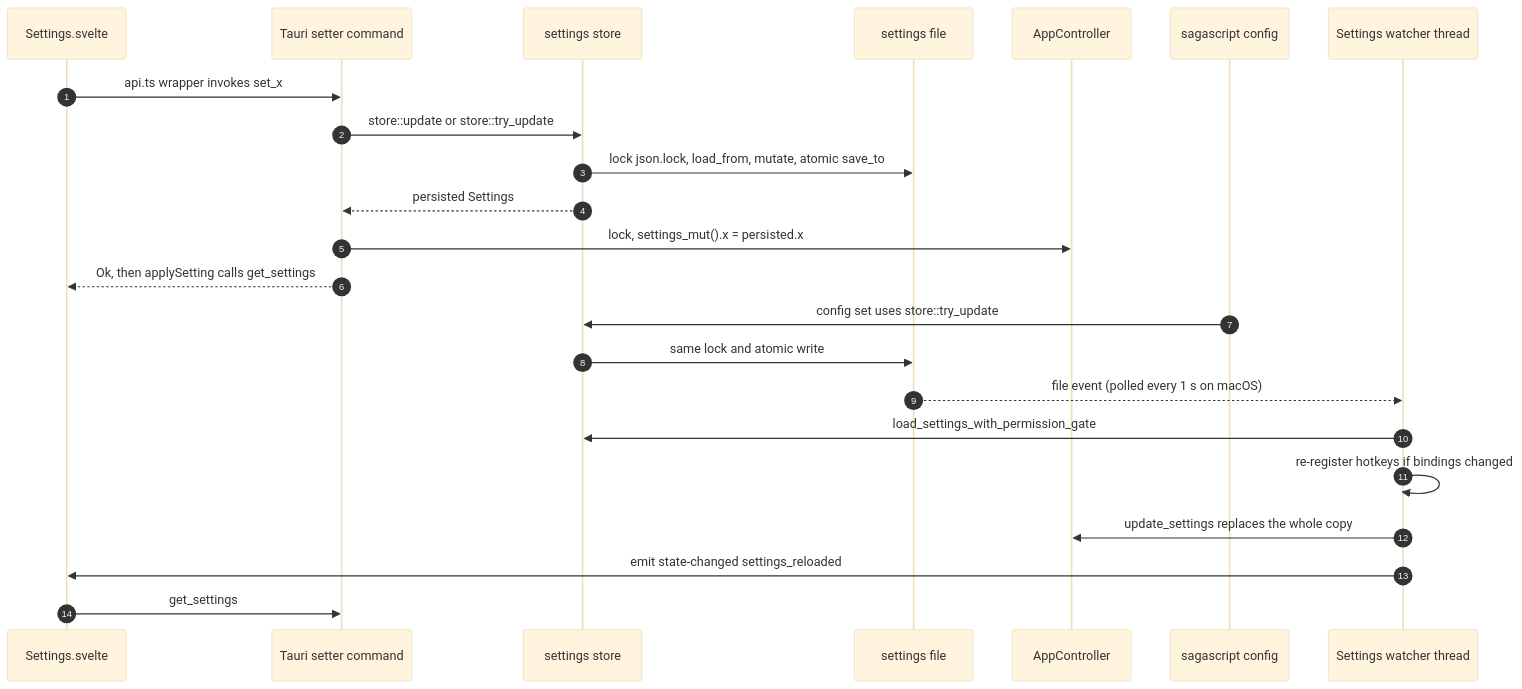
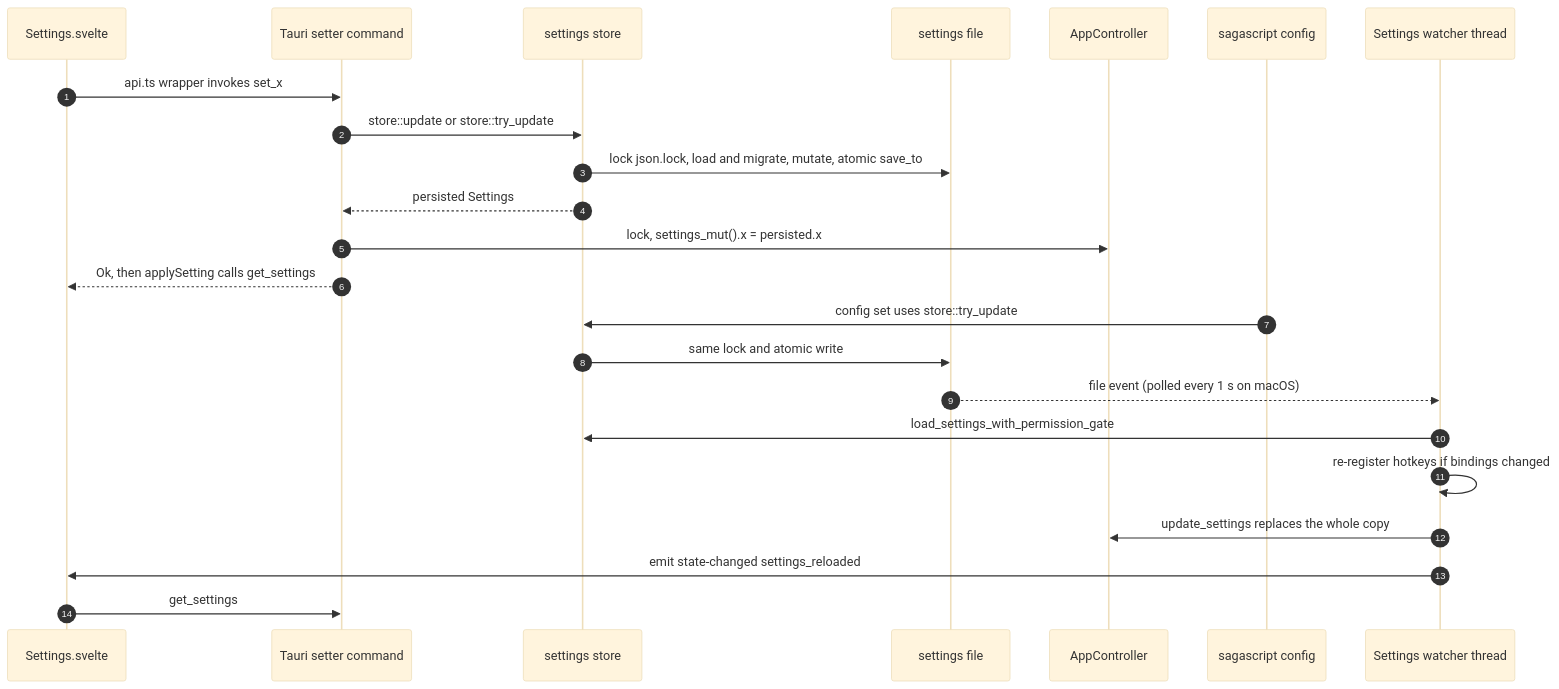
The second of 4 diagrams in docs/ARCHITECTURE.md (Magnus-Gille/sagascript), drawn with Mermaid (base theme) before and after one commit. The commit also changed 4 other files, not shown here.

````diff
--- a/docs/ARCHITECTURE.md
+++ b/docs/ARCHITECTURE.md
@@ -135,25 +135,25 @@
 ```mermaid
 sequenceDiagram
     autonumber
     participant UI as Settings.svelte
     participant Cmd as Tauri setter command
     participant Store as settings store
     participant Disk as settings file
     participant Ctrl as AppController
     participant CLI as sagascript config
     participant W as Settings watcher thread
     UI->>Cmd: api.ts wrapper invokes set_x
     Cmd->>Store: store::update or store::try_update
-    Store->>Disk: lock json.lock, load_from, mutate, atomic save_to
+    Store->>Disk: lock json.lock, load and migrate, mutate, atomic save_to
     Store-->>Cmd: persisted Settings
     Cmd->>Ctrl: lock, settings_mut().x = persisted.x
     Cmd-->>UI: Ok, then applySetting calls get_settings
     CLI->>Store: config set uses store::try_update
     Store->>Disk: same lock and atomic write
     Disk-->>W: file event (polled every 1 s on macOS)
     W->>Store: load_settings_with_permission_gate
     W->>W: re-register hotkeys if bindings changed
     W->>Ctrl: update_settings replaces the whole copy
     W->>UI: emit state-changed settings_reloaded
     UI->>Cmd: get_settings
 ```
````
